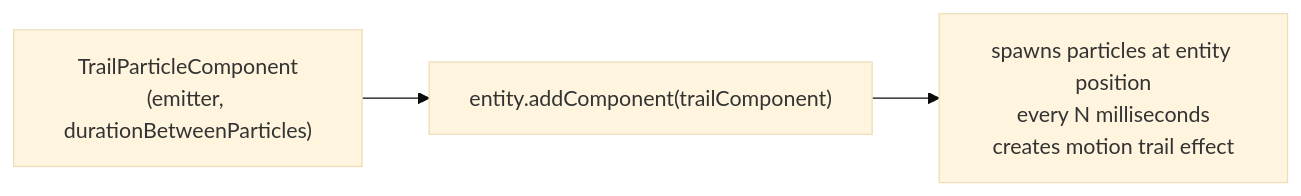
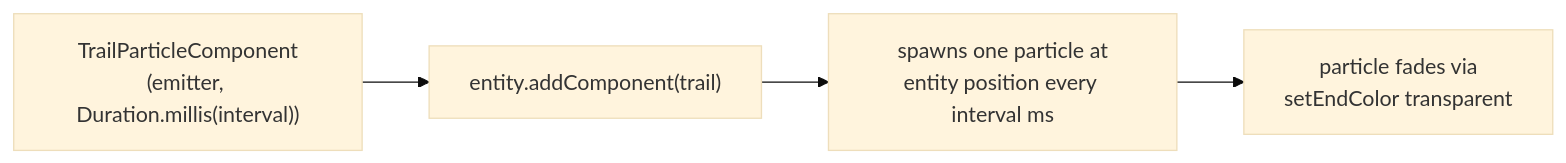
One commit to JohannesRabauer/fxgl-skills changed the eighth of 11 diagrams in docs/uc-particles-effects.md. Above: the diagram before and after it, drawn with Mermaid (base theme). The commit also changed other lines of this file and 2 other files, not shown here.

Commit message:
Expanded Particle skill

````diff
--- a/docs/uc-particles-effects.md
+++ b/docs/uc-particles-effects.md
@@ -44,5 +104,6 @@
 ```mermaid
 flowchart LR
-    TPC["TrailParticleComponent\n(emitter, durationBetweenParticles)"] --> With["entity.addComponent(trailComponent)"]
-    With --> AutoTrail["spawns particles at entity position\nevery N milliseconds\ncreates motion trail effect"]
+    Trail["TrailParticleComponent\n(emitter, Duration.millis(interval))"] --> Add["entity.addComponent(trail)"]
+    Add --> Auto["spawns one particle at\nentity position every interval ms"]
+    Auto --> Fade["particle fades via\nsetEndColor transparent"]
 ```
````
